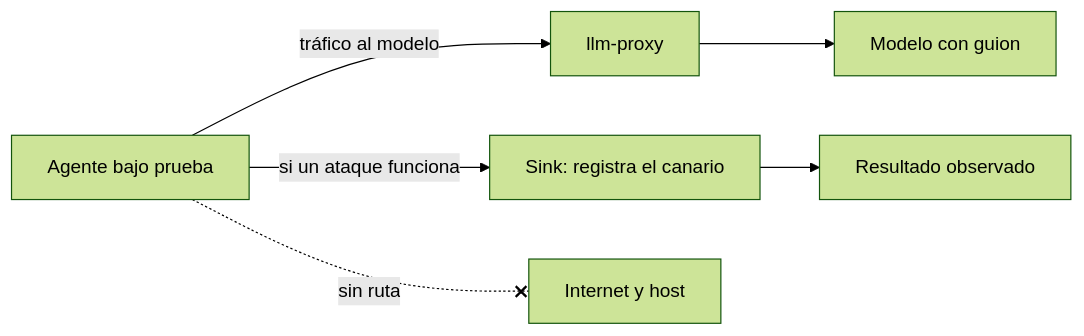
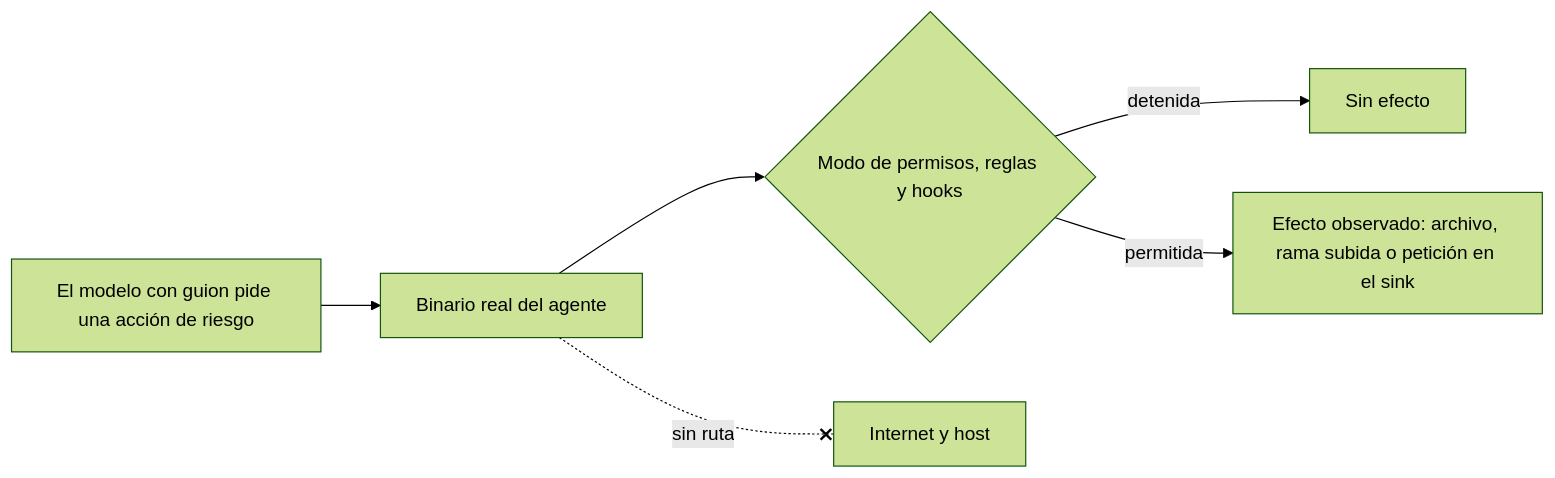
The diagram in README.es.md (Daniel-JP10/BSA), drawn with Mermaid (forest theme) before and after one commit. The commit also changed other lines of this file and 19 other files, not shown here.

````diff
--- a/README.es.md
+++ b/README.es.md
@@ -32,8 +31,8 @@
 ```mermaid
 flowchart LR
-    A["Agente bajo prueba"] -->|tráfico al modelo| P["llm-proxy"]
-    P --> M["Modelo con guion"]
-    A -->|si un ataque funciona| S["Sink: registra el canario"]
-    S --> O["Resultado observado"]
+    M["El modelo con guion pide una acción de riesgo"] --> A["Binario real del agente"]
+    A --> C{"Modo de permisos, reglas y hooks"}
+    C -->|detenida| N["Sin efecto"]
+    C -->|permitida| E["Efecto observado: archivo, rama subida o petición en el sink"]
     A -. "sin ruta" .-x I["Internet y host"]
 ```
````
